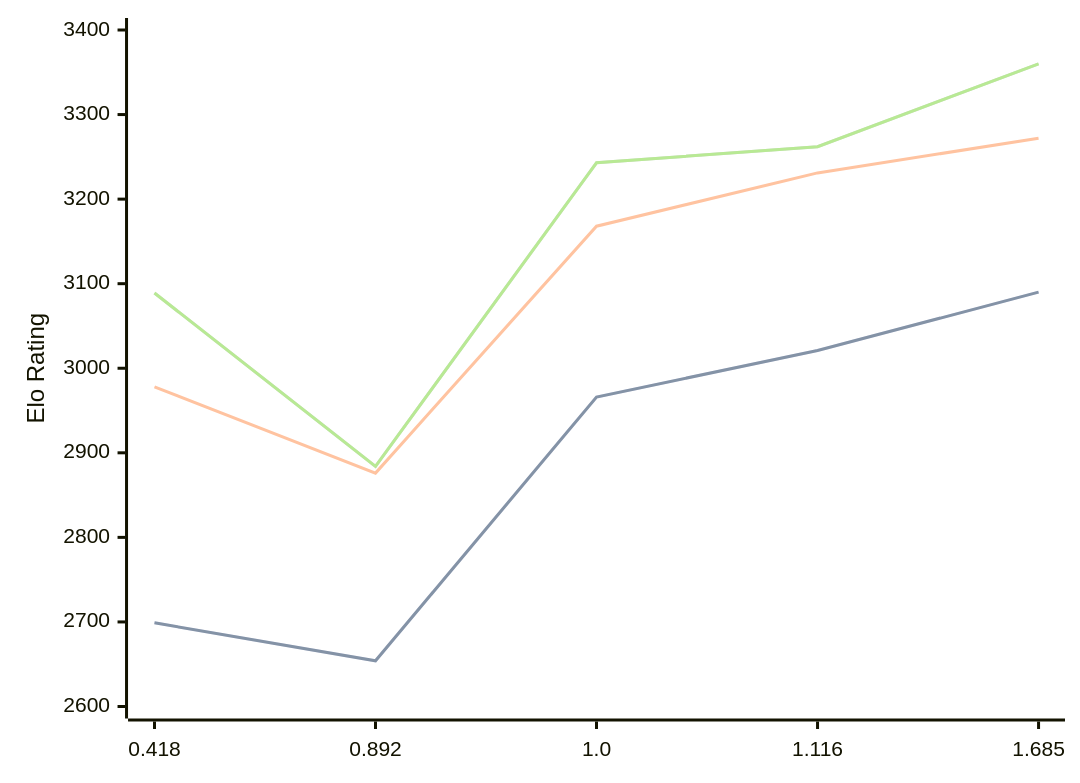
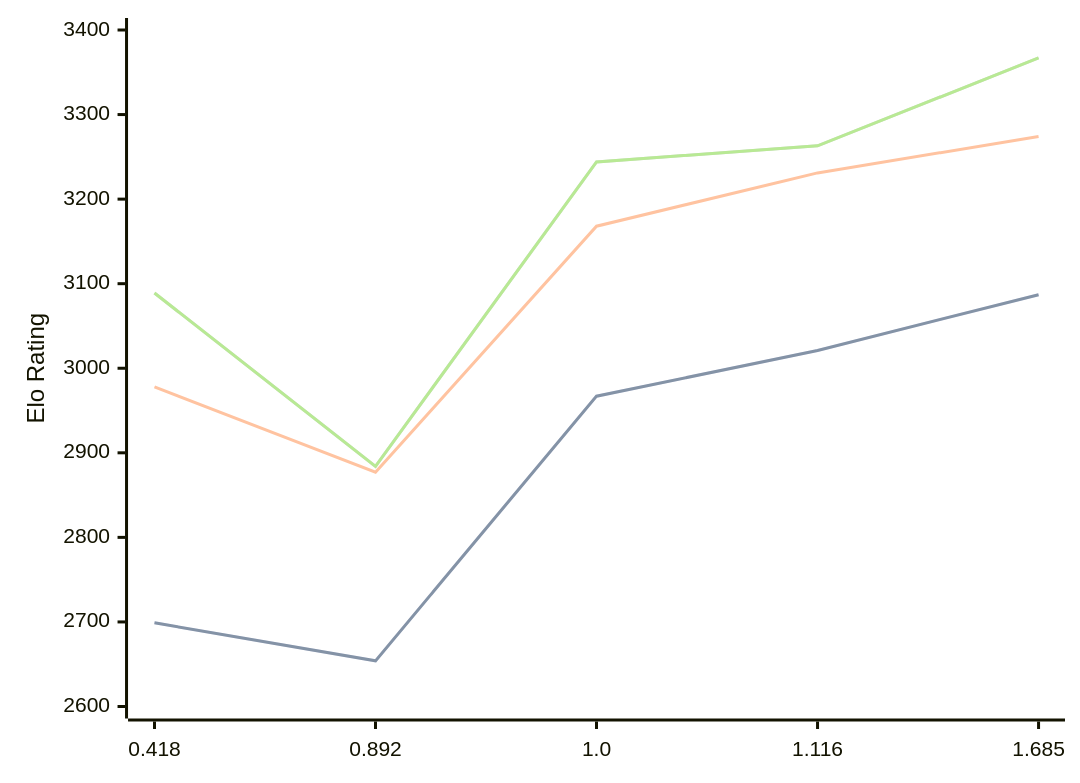
The diagram in engines/Malika.md (computer-chess-index/cci), drawn with Mermaid before and after one commit. The commit also changed other lines of this file, not shown here.

Commit message:
Update CCI Ratings (ELO VLTC) - 2026-07-20

````diff
--- a/engines/Malika.md
+++ b/engines/Malika.md
@@ -35,11 +35,11 @@
 ```mermaid
 %%{init: {"theme":"base","themeVariables":{"seriesColors:['#a3a3a3','#222221','#faa371']}}}%%
 xychart-beta
   x-axis ["0.418", "0.892", "1.0", "1.116", "1.685"]
   y-axis "Elo Rating" 2600 --> 3400
-  line "STC (8.0+0.08s)" [2699, 2654, 2966, 3021, 3090]
-  line "STC (8.0+0.08s)" [2699, 2654, 2966, 3021, 3090]
-  line "LTC (60.0+0.60s)" [2978, 2876, 3168, 3231, 3272]
-  line "VLTC (2m24s+1.12s)" [3089, 2884, 3243, 3262, 3360]
-  line "VLTC (2m24s+1.12s)" [3089, 2884, 3243, 3262, 3360]
+  line "STC (8.0+0.08s)" [2699, 2654, 2967, 3021, 3087]
+  line "STC (8.0+0.08s)" [2699, 2654, 2967, 3021, 3087]
+  line "LTC (60.0+0.60s)" [2978, 2877, 3168, 3231, 3274]
+  line "VLTC (2m24s+1.12s)" [3089, 2884, 3244, 3263, 3367]
+  line "VLTC (2m24s+1.12s)" [3089, 2884, 3244, 3263, 3367]
 ```
````
